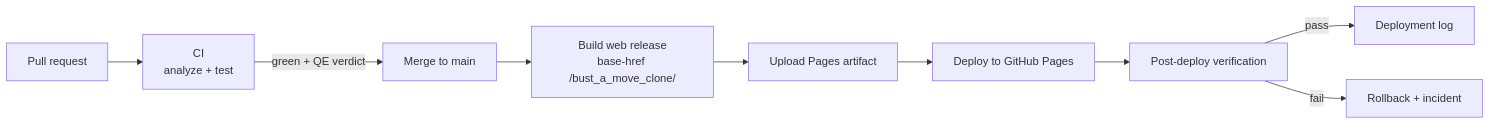
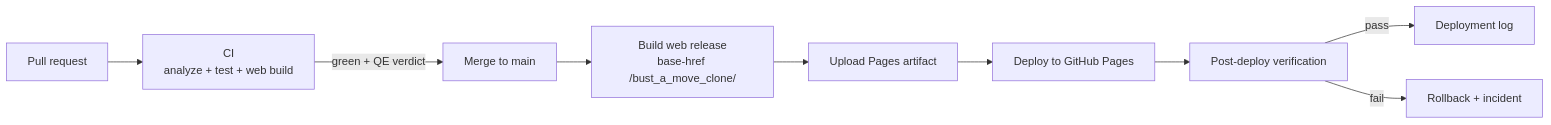
The diagram in docs/ops/deployment.md (y0n1/bust_a_move_clone), drawn with Mermaid before and after one commit. The commit also changed other lines of this file and 3 other files, not shown here.

````diff
--- a/docs/ops/deployment.md
+++ b/docs/ops/deployment.md
@@ -49,11 +49,11 @@
 ```mermaid
 flowchart LR
-    PR[Pull request] --> CI[CI<br/>analyze + test]
+    PR[Pull request] --> CI[CI<br/>analyze + test + web build]
     CI -->|green + QE verdict| MERGE[Merge to main]
     MERGE --> BUILD[Build web release<br/>base-href /bust_a_move_clone/]
     BUILD --> UPLOAD[Upload Pages artifact]
     UPLOAD --> DEPLOY[Deploy to GitHub Pages]
     DEPLOY --> VERIFY[Post-deploy verification]
     VERIFY -->|pass| LOG[Deployment log]
     VERIFY -->|fail| ROLLBACK[Rollback + incident]
 ```
````
